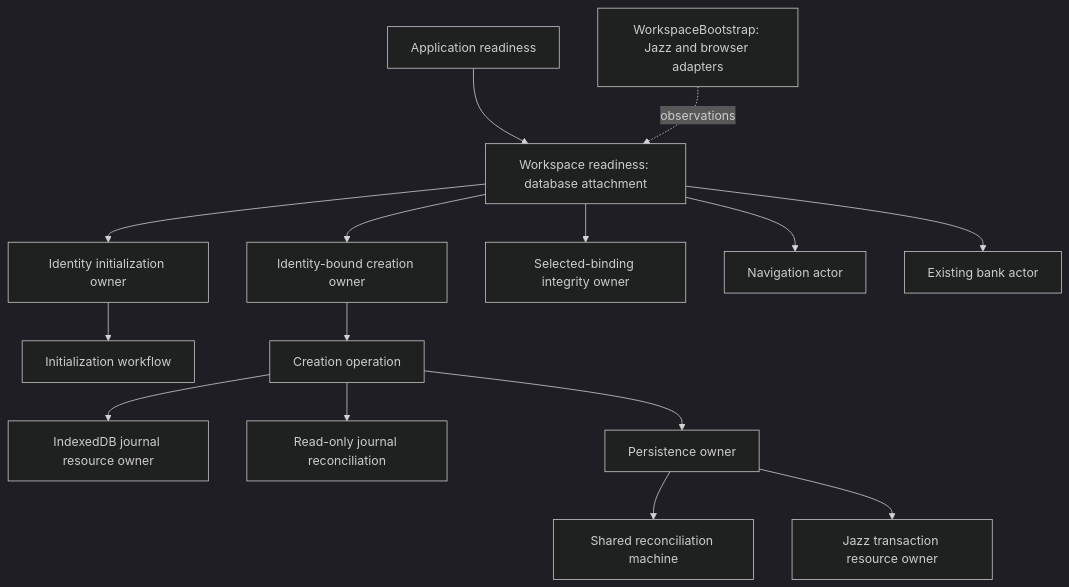
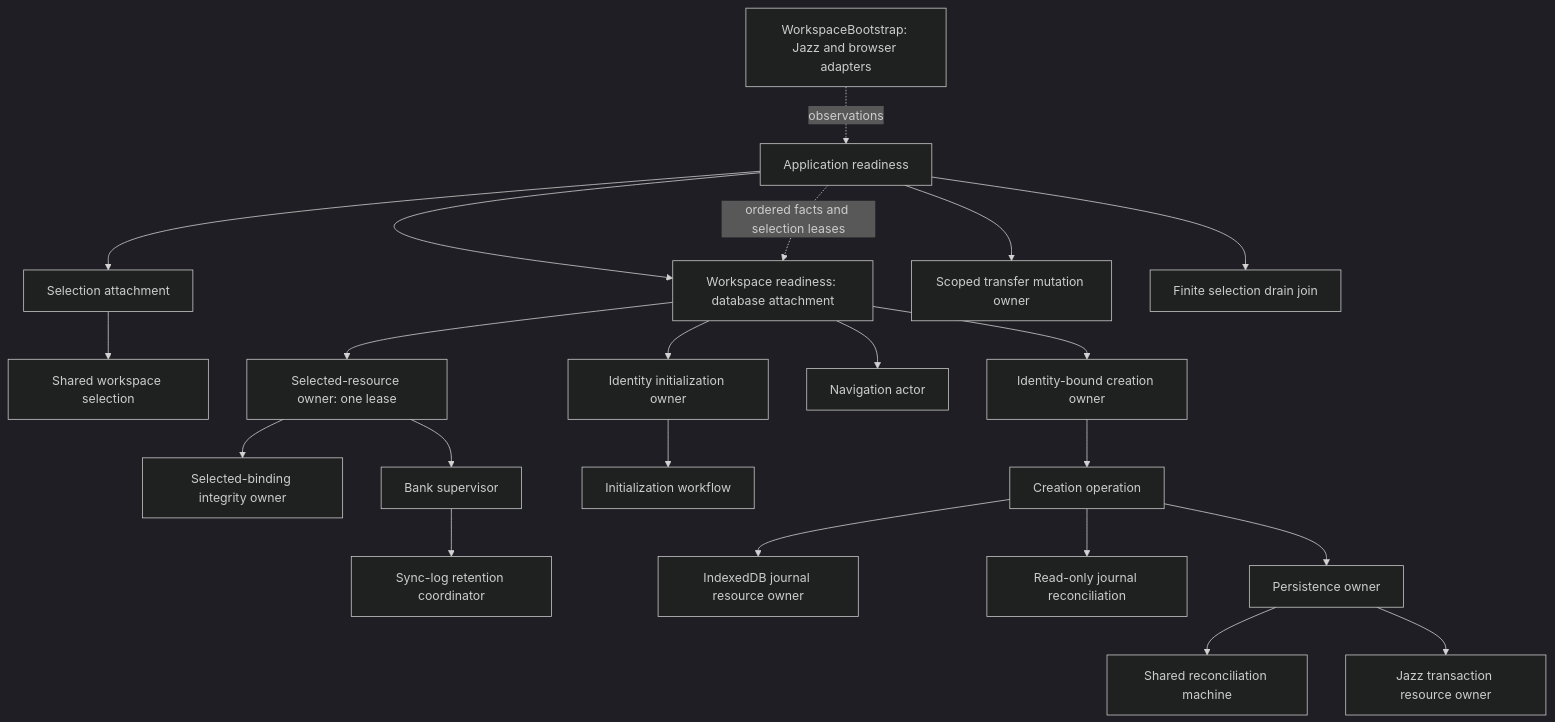
The first of 2 diagrams in specs/006-multiple-workspaces/plan.md (delightful-labs/delightful-finances), drawn with Mermaid (dark theme) before and after one commit. The commit also changed other lines of this file and 43 other files, not shown here.

Commit message:
feat: adopt shared workspace selection with scoped resource drains

````diff
--- a/specs/006-multiple-workspaces/plan.md
+++ b/specs/006-multiple-workspaces/plan.md
@@ -26,17 +27,24 @@
 ```mermaid
 flowchart TD
   App[Application readiness] --> Coordinator[Workspace readiness: database attachment]
-  Integration[WorkspaceBootstrap: Jazz and browser adapters] -. observations .-> Coordinator
+  App --> SelectionAttachment[Selection attachment]
+  SelectionAttachment --> SharedSelection[Shared workspace selection]
+  App --> TransferOwner[Scoped transfer mutation owner]
+  App --> Drain[Finite selection drain join]
+  Integration[WorkspaceBootstrap: Jazz and browser adapters] -. observations .-> App
+  App -. ordered facts and selection leases .-> Coordinator
   Coordinator --> Startup[Identity initialization owner]
   Coordinator --> Creation[Identity-bound creation owner]
-  Coordinator --> Integrity[Selected-binding integrity owner]
   Coordinator --> Navigation[Navigation actor]
-  Coordinator --> Bank[Existing bank actor]
+  Coordinator --> Resources[Selected-resource owner: one lease]
+  Resources --> Integrity[Selected-binding integrity owner]
+  Resources --> Bank[Bank supervisor]
+  Bank --> Retention[Sync-log retention coordinator]
   Startup --> Initialization[Initialization workflow]
   Creation --> Operation[Creation operation]
   Operation --> Journal[IndexedDB journal resource owner]
   Operation --> Reconcile[Read-only journal reconciliation]
   Operation --> Persistence[Persistence owner]
   Persistence --> Preflight[Shared reconciliation machine]
   Persistence --> Transaction[Jazz transaction resource owner]
 ```
````
